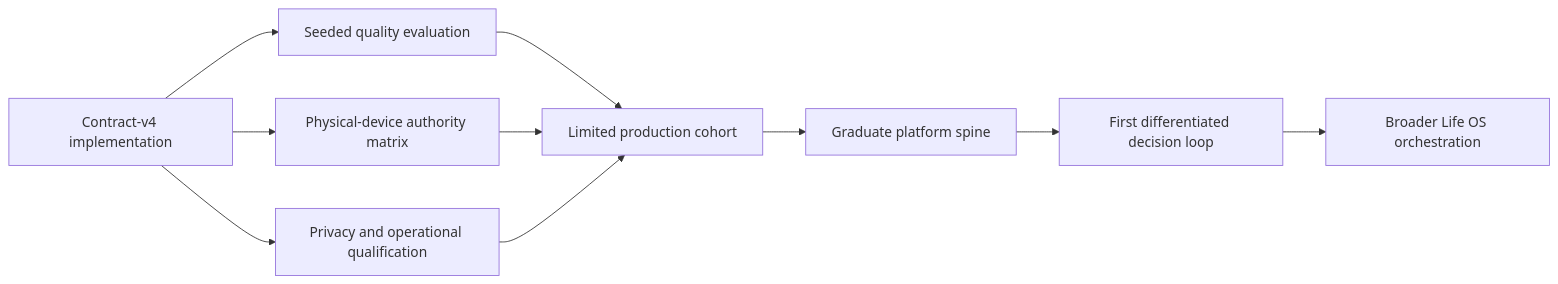
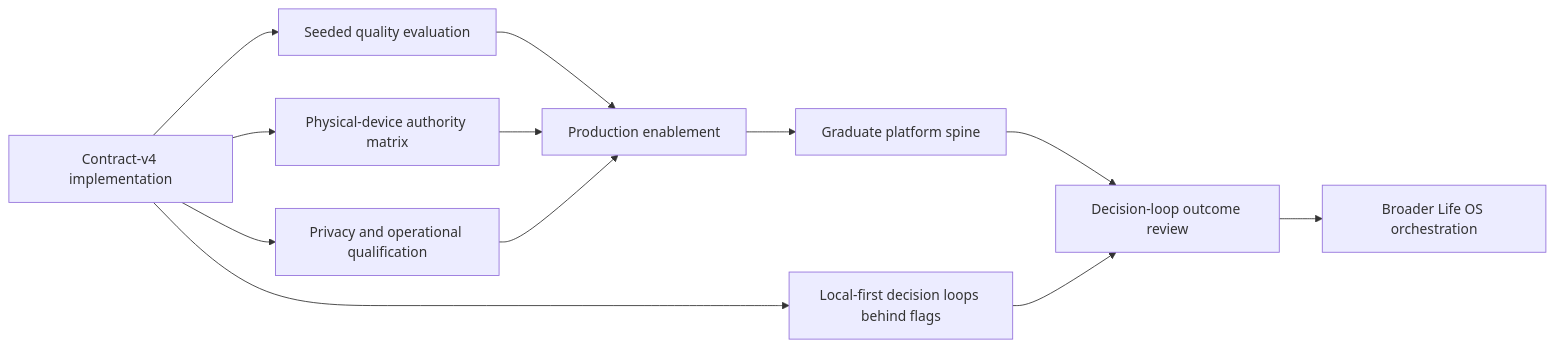
One commit to Saransh-Sharma/Tasker changed the diagram in docs/eva/EVA_ROADMAP_STATUS.md. Above: the diagram before and after it, drawn with Mermaid. The commit also changed other lines of this file and 14 other files, not shown here.

First line of the commit message:
docs+test: add decision loops spec, update roadmap, and add tests

````diff
--- a/docs/eva/EVA_ROADMAP_STATUS.md
+++ b/docs/eva/EVA_ROADMAP_STATUS.md
@@ -296,12 +303,14 @@
 ```mermaid
 flowchart LR
     A[Contract-v4 implementation] --> B[Seeded quality evaluation]
     A --> C[Physical-device authority matrix]
     A --> D[Privacy and operational qualification]
-    B --> E[Limited production cohort]
+    B --> E[Production enablement]
     C --> E
     D --> E
     E --> F[Graduate platform spine]
-    F --> G[First differentiated decision loop]
-    G --> H[Broader Life OS orchestration]
+    A --> G[Local-first decision loops behind flags]
+    F --> I[Decision-loop outcome review]
+    G --> I
+    I --> H[Broader Life OS orchestration]
 ```
````
